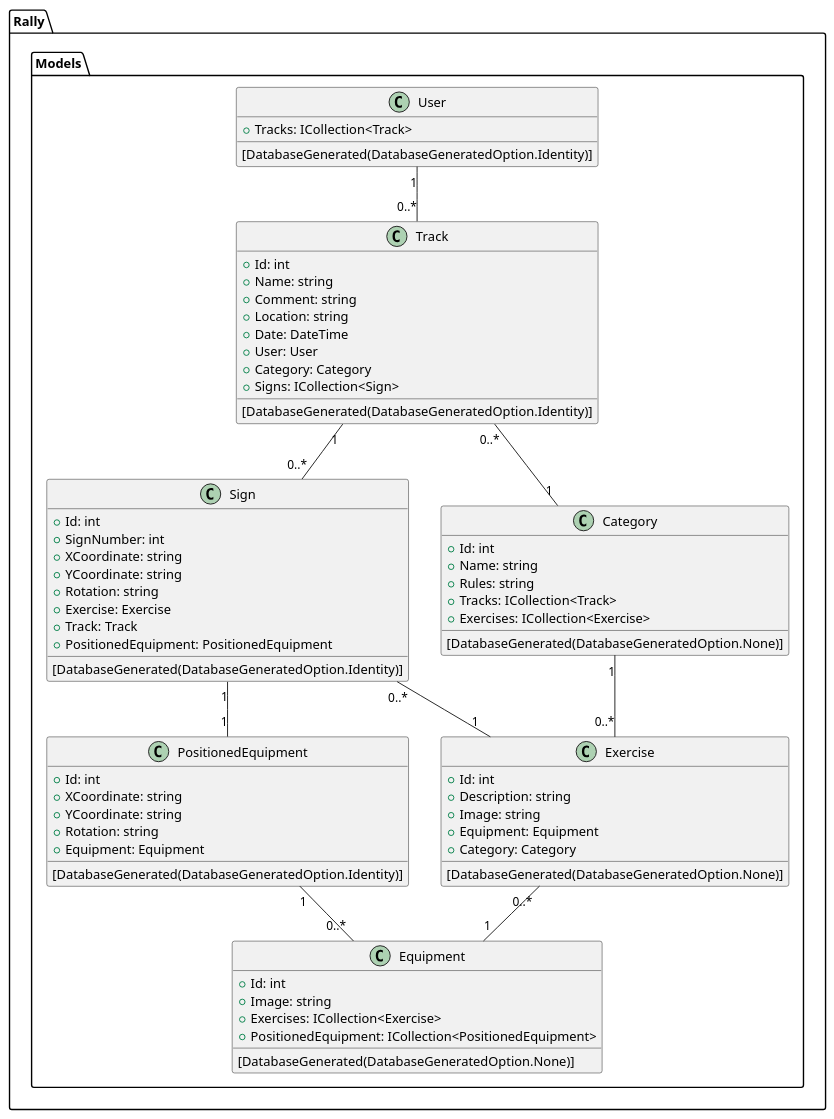
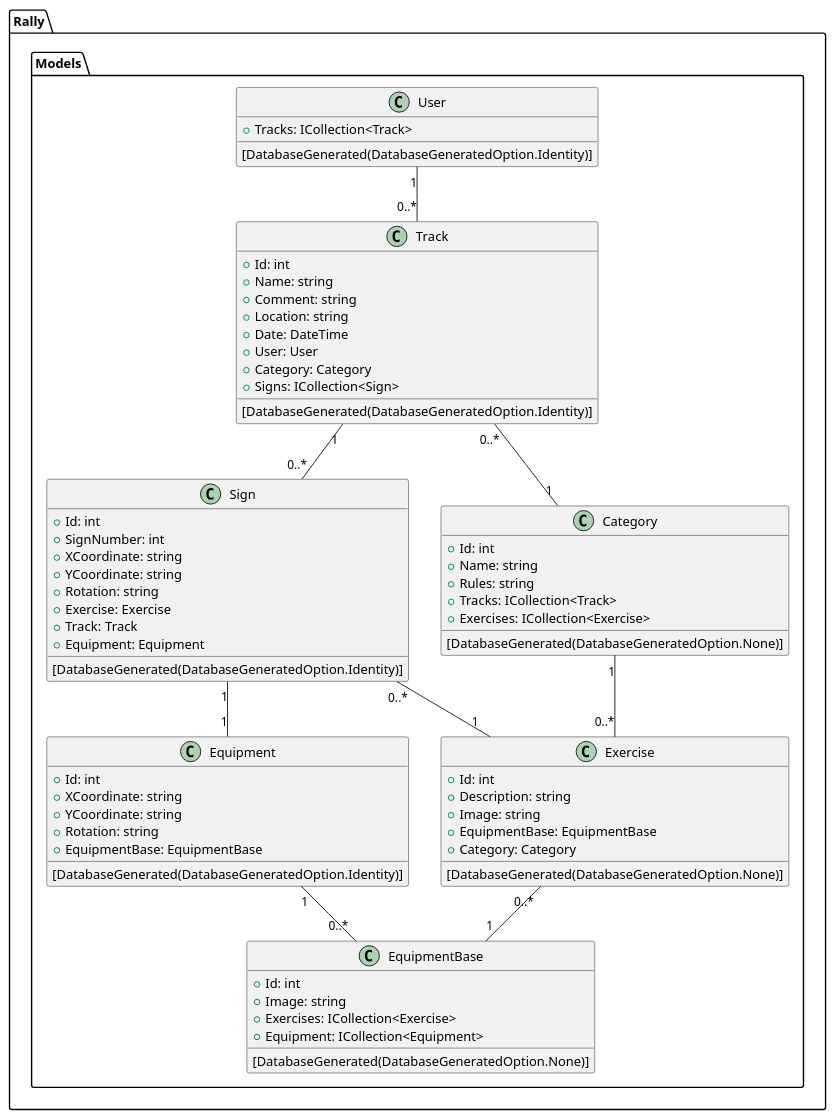
One commit to DMOoF23-Team7-CAT/Project-Team7-Semester3 changed the diagram in Dodumentation/DSD_Models.wsd. Above: the diagram before and after it, drawn with PlantUML. The commit also changed 17 other files, not shown here.

```diff
--- a/Dodumentation/DSD_Models.wsd
+++ b/Dodumentation/DSD_Models.wsd
@@ -1,81 +1,81 @@
 @startuml Design Class Diagram for models
 
 namespace Rally.Models {
     class User {
         + Tracks: ICollection<Track>
         [DatabaseGenerated(DatabaseGeneratedOption.Identity)]
     }
 
     class Track {
         + Id: int
         + Name: string
         + Comment: string
         + Location: string
         + Date: DateTime
         + User: User
         + Category: Category
         + Signs: ICollection<Sign>
         [DatabaseGenerated(DatabaseGeneratedOption.Identity)]
     }
 
     class Sign {
         + Id: int
         + SignNumber: int
         + XCoordinate: string
         + YCoordinate: string
         + Rotation: string
         + Exercise: Exercise
         + Track: Track
-        + PositionedEquipment: PositionedEquipment
-        [DatabaseGenerated(DatabaseGeneratedOption.Identity)]
-    }
-
-    class PositionedEquipment {
-        + Id: int
-        + XCoordinate: string
-        + YCoordinate: string
-        + Rotation: string
         + Equipment: Equipment
         [DatabaseGenerated(DatabaseGeneratedOption.Identity)]
     }
 
     class Equipment {
+        + Id: int
+        + XCoordinate: string
+        + YCoordinate: string
+        + Rotation: string
+        + EquipmentBase: EquipmentBase
+        [DatabaseGenerated(DatabaseGeneratedOption.Identity)]
+    }
+
+    class EquipmentBase {
         [DatabaseGenerated(DatabaseGeneratedOption.None)]
         + Id: int
         + Image: string
         + Exercises: ICollection<Exercise>
-        + PositionedEquipment: ICollection<PositionedEquipment>
+        + Equipment: ICollection<Equipment>
     }
 
     class Exercise {
     [DatabaseGenerated(DatabaseGeneratedOption.None)]
     + Id: int
     + Description: string
     + Image: string
-    + Equipment: Equipment
+    + EquipmentBase: EquipmentBase
     + Category: Category
     }
 
     class Category {
         [DatabaseGenerated(DatabaseGeneratedOption.None)]
         + Id: int
         + Name: string
         + Rules: string
         + Tracks: ICollection<Track>
         + Exercises: ICollection<Exercise>
     }
 
     User "1" -- "0..*" Track
     Track "0..*" -- "1" Category
     Track "1" -- "0..*" Sign
     Sign "0..*" -- "1" Exercise
-    Sign "1" -- "1" PositionedEquipment
-    PositionedEquipment "1" -- "0..*" Equipment
-    Exercise "0..*" -- "1" Equipment
+    Sign "1" -- "1" Equipment
+    Equipment "1" -- "0..*" EquipmentBase
+    Exercise "0..*" -- "1" EquipmentBase
     Category "1" -- "0..*" Exercise
 
 }
 
 
 
 @enduml
```
